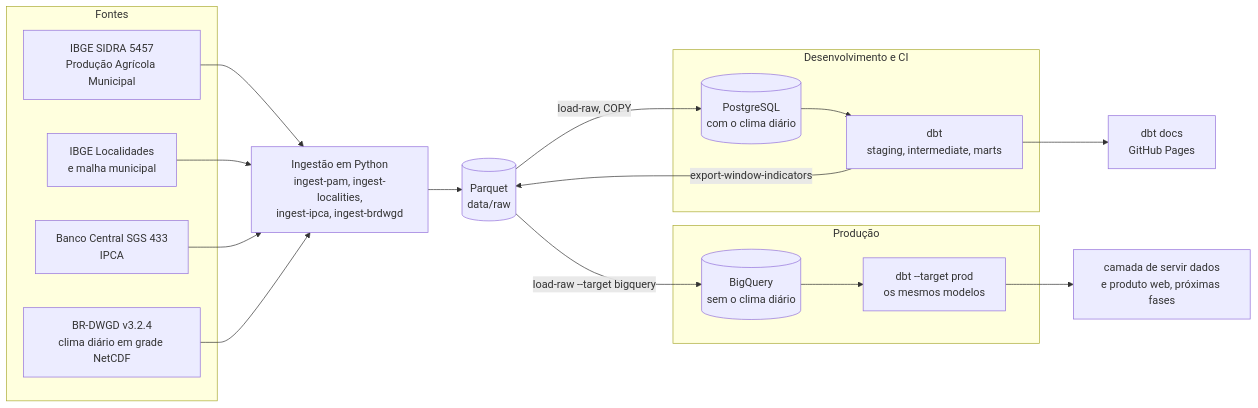
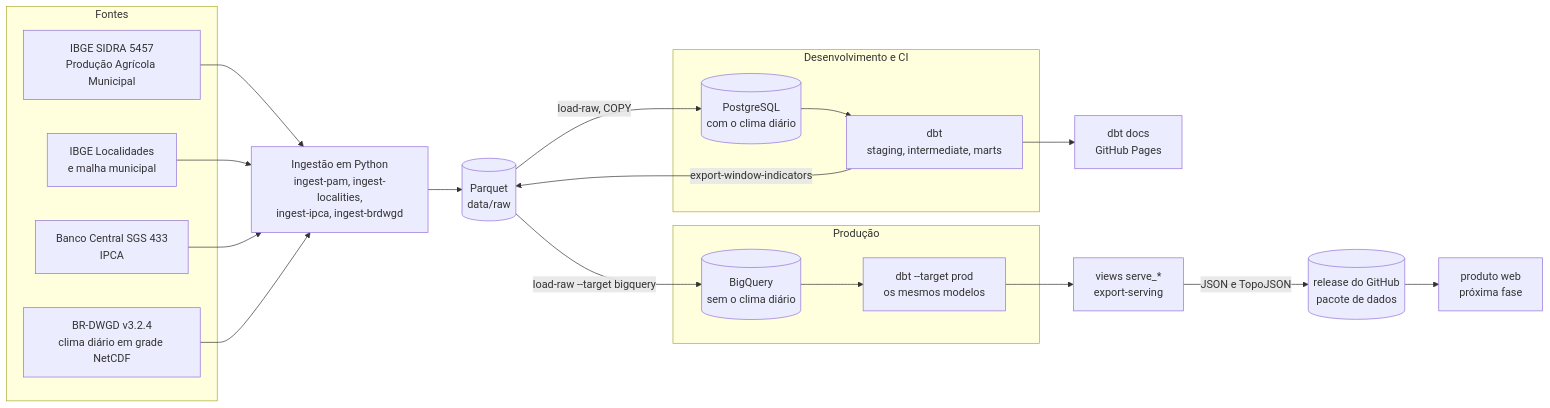
One commit to alveshenriique/agro-observatory changed the diagram in README.md. Above: the diagram before and after it, drawn with Mermaid. The commit also changed other lines of this file and 4 other files, not shown here.

````diff
--- a/README.md
+++ b/README.md
@@ -33,25 +34,27 @@
 ```mermaid
 flowchart LR
     subgraph fontes [Fontes]
         sidra[IBGE SIDRA 5457<br>Produção Agrícola Municipal]
         loc[IBGE Localidades<br>e malha municipal]
         sgs[Banco Central SGS 433<br>IPCA]
         dwgd[BR-DWGD v3.2.4<br>clima diário em grade NetCDF]
     end
     ing[Ingestão em Python<br>ingest-pam, ingest-localities,<br>ingest-ipca, ingest-brdwgd]
     raw[(Parquet<br>data/raw)]
     subgraph local [Desenvolvimento e CI]
         pg[(PostgreSQL<br>com o clima diário)]
         dbtpg[dbt<br>staging, intermediate, marts]
     end
     subgraph producao [Produção]
         bq[(BigQuery<br>sem o clima diário)]
         dbtbq["dbt --target prod<br>os mesmos modelos"]
     end
     sidra & loc & sgs & dwgd --> ing --> raw
     raw -->|"load-raw, COPY"| pg --> dbtpg
     dbtpg -->|export-window-indicators| raw
     raw -->|"load-raw --target bigquery"| bq --> dbtbq
     dbtpg --> docs[dbt docs<br>GitHub Pages]
-    dbtbq --> serve[camada de servir dados<br>e produto web, próximas fases]
+    dbtbq --> serve["views serve_*<br>export-serving"]
+    serve -->|JSON e TopoJSON| rel[(release do GitHub<br>pacote de dados)]
+    rel --> site[produto web<br>próxima fase]
 ```
````
